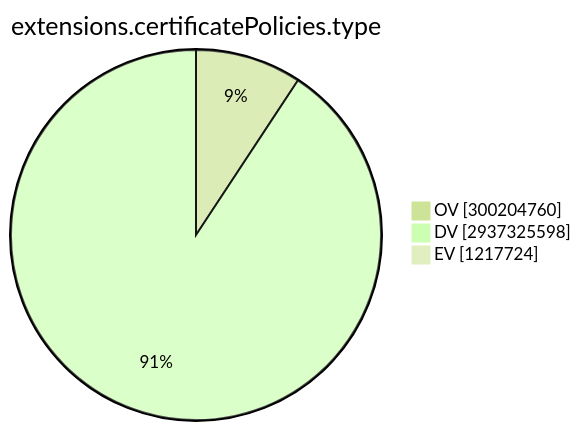
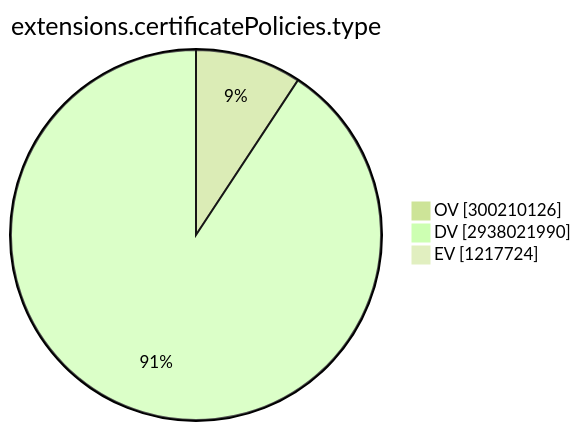
Before and after one commit to christiankrug/ctmonitor_visualization: the ninth of 15 diagrams in TOTAL/README.md, drawn with Mermaid (forest theme). The commit also changed other lines of this file, not shown here.

````diff
--- a/TOTAL/README.md
+++ b/TOTAL/README.md
@@ -3101,7 +3101,7 @@
 ```mermaid
 pie showData
 title extensions.certificatePolicies.type
-"OV" :300204760
-"DV" :2937325598
+"OV" :300210126
+"DV" :2938021990
 "EV" :1217724
 ```
````
